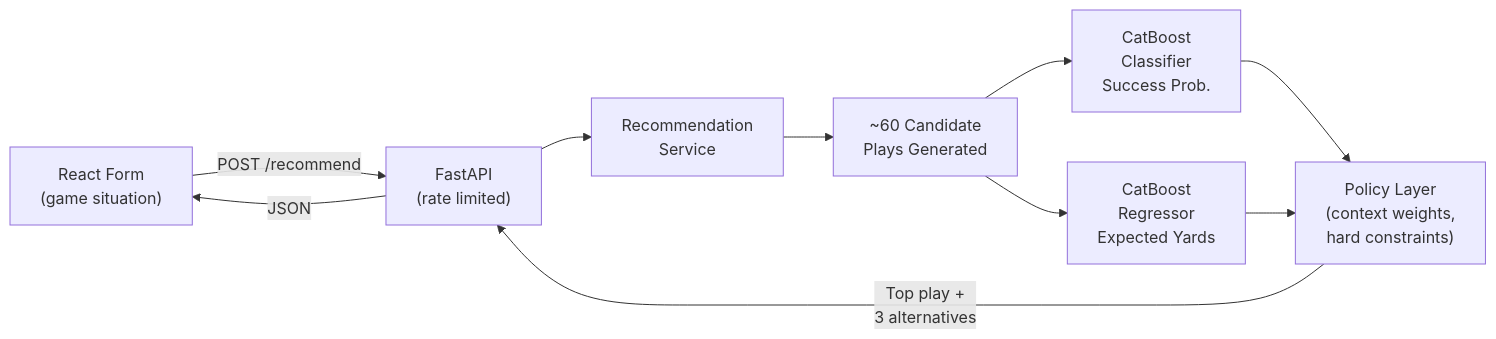
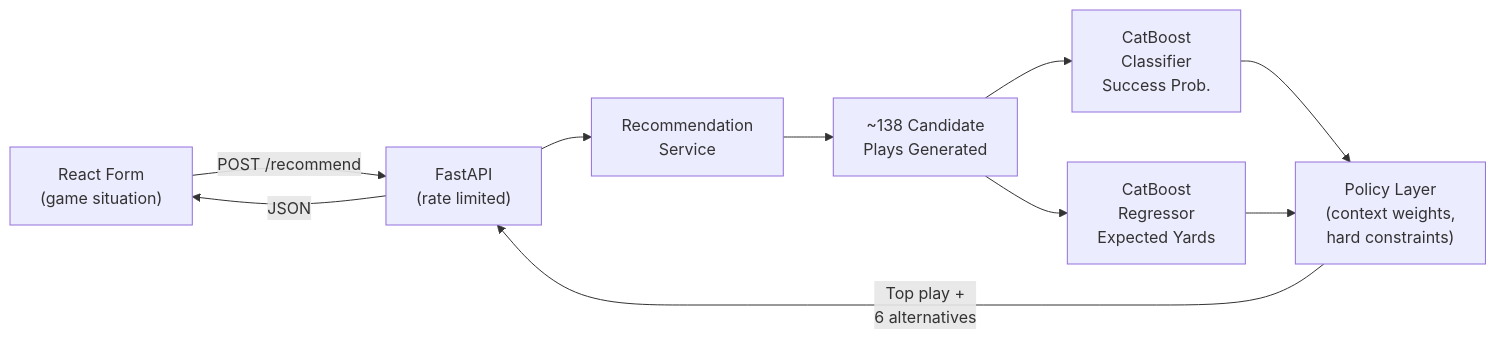
The diagram in readme.MD (nalin431/Playcalling-Engine), drawn with Mermaid before and after one commit. The commit also changed other lines of this file, not shown here.

Commit message:
Update readme.MD to reflect current architecture

````diff
--- a/readme.MD
+++ b/readme.MD
@@ -21,12 +21,12 @@
 ```mermaid
 flowchart LR
     A["React Form\n(game situation)"] -->|"POST /recommend"| B["FastAPI\n(rate limited)"]
     B --> C["Recommendation\nService"]
-    C --> D["~60 Candidate\nPlays Generated"]
+    C --> D["~138 Candidate\nPlays Generated"]
     D --> E["CatBoost\nClassifier\nSuccess Prob."]
     D --> F["CatBoost\nRegressor\nExpected Yards"]
     E --> G["Policy Layer\n(context weights,\nhard constraints)"]
     F --> G
-    G -->|"Top play +\n3 alternatives"| B
+    G -->|"Top play +\n6 alternatives"| B
     B -->|JSON| A
 ```
````
